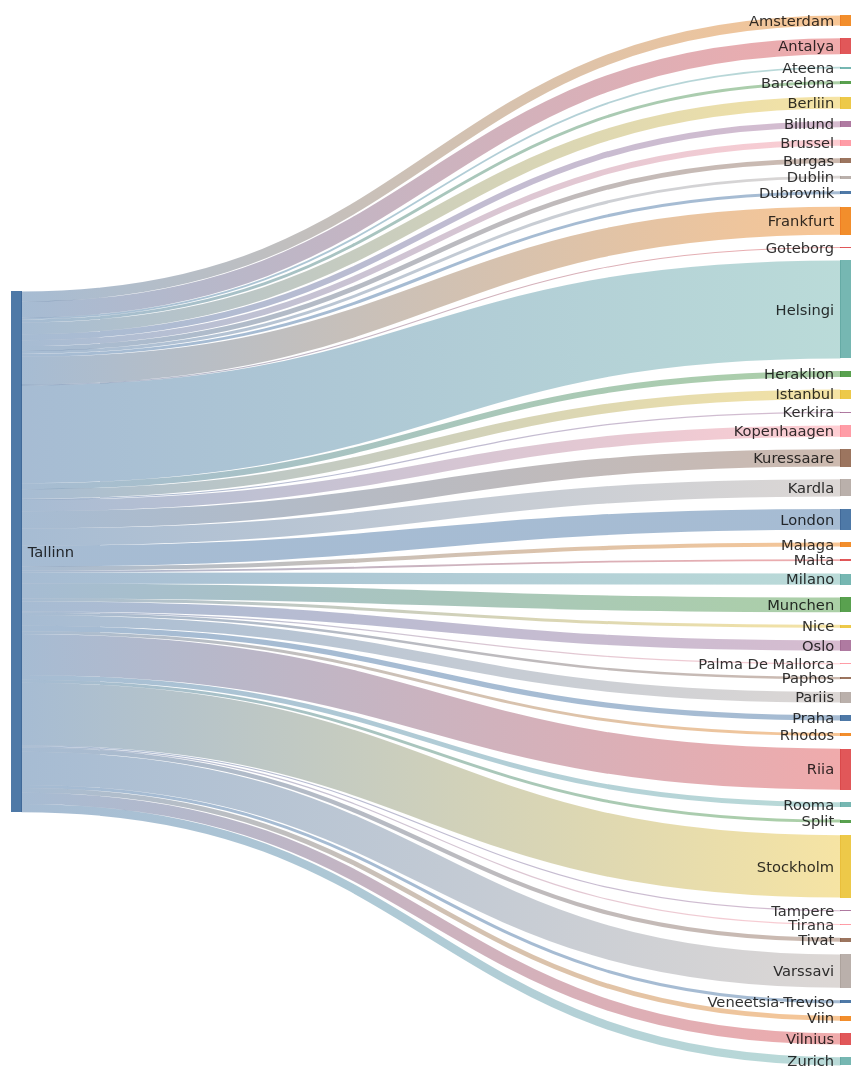
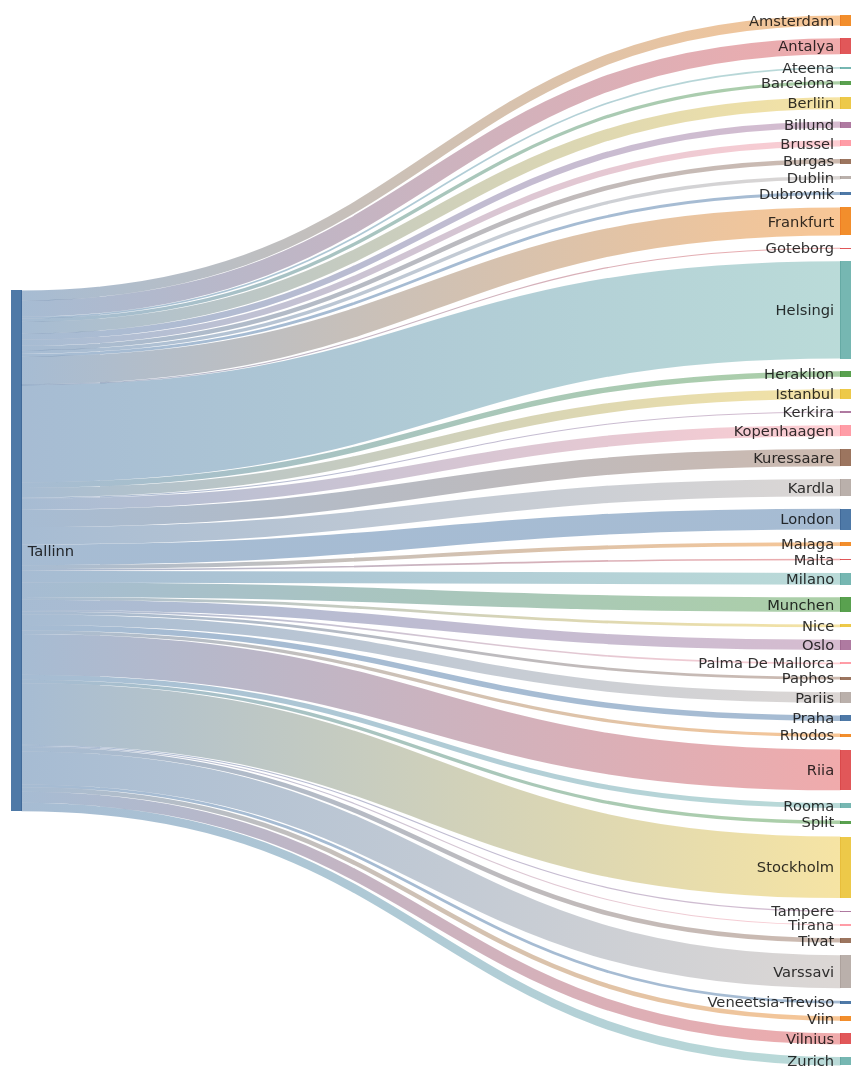
The second of 2 diagrams in README.md (rainermesi/tll-airport-departures), drawn with Mermaid before and after one commit. The commit also changed other lines of this file, not shown here.

````diff
--- a/README.md
+++ b/README.md
@@ -34,56 +34,56 @@
 ```mermaid
 ---
 config:
   sankey:
     showValues: false
     width: 800
     height: 1000
 ---
 sankey-beta
 %% source,target,value
-Tallinn,Amsterdam,17
-Tallinn,Antalya,27
+Tallinn,Amsterdam,18
+Tallinn,Antalya,29
 Tallinn,Ateena,3
-Tallinn,Barcelona,5
-Tallinn,Berliin,20
-Tallinn,Billund,10
-Tallinn,Brussel,10
+Tallinn,Barcelona,6
+Tallinn,Berliin,21
+Tallinn,Billund,11
+Tallinn,Brussel,11
 Tallinn,Burgas,8
-Tallinn,Dublin,5
+Tallinn,Dublin,6
 Tallinn,Dubrovnik,5
-Tallinn,Frankfurt,47
+Tallinn,Frankfurt,50
 Tallinn,Goteborg,1
-Tallinn,Helsingi,165
+Tallinn,Helsingi,174
 Tallinn,Heraklion,10
-Tallinn,Istanbul,16
+Tallinn,Istanbul,17
 Tallinn,Kerkira,2
-Tallinn,Kopenhaagen,19
-Tallinn,Kuressaare,29
-Tallinn,Kardla,29
-Tallinn,London,35
+Tallinn,Kopenhaagen,20
+Tallinn,Kuressaare,31
+Tallinn,Kardla,31
+Tallinn,London,37
 Tallinn,Malaga,7
 Tallinn,Malta,3
-Tallinn,Milano,19
-Tallinn,Munchen,25
+Tallinn,Milano,21
+Tallinn,Munchen,26
 Tallinn,Nice,5
-Tallinn,Oslo,17
-Tallinn,Palma De Mallorca,2
-Tallinn,Paphos,4
-Tallinn,Pariis,18
-Tallinn,Praha,9
-Tallinn,Rhodos,5
-Tallinn,Riia,69
-Tallinn,Rooma,8
-Tallinn,Split,5
-Tallinn,Stockholm,105
+Tallinn,Oslo,18
+Tallinn,Palma De Mallorca,3
+Tallinn,Paphos,5
+Tallinn,Pariis,19
+Tallinn,Praha,10
+Tallinn,Rhodos,6
+Tallinn,Riia,73
+Tallinn,Rooma,9
+Tallinn,Split,6
+Tallinn,Stockholm,110
 Tallinn,Tampere,2
 Tallinn,Tirana,2
-Tallinn,Tivat,7
-Tallinn,Varssavi,56
+Tallinn,Tivat,8
+Tallinn,Varssavi,59
 Tallinn,Veneetsia-Treviso,5
 Tallinn,Viin,8
-Tallinn,Vilnius,19
-Tallinn,Zurich,14
+Tallinn,Vilnius,20
+Tallinn,Zurich,15
 
 
 ```
````
